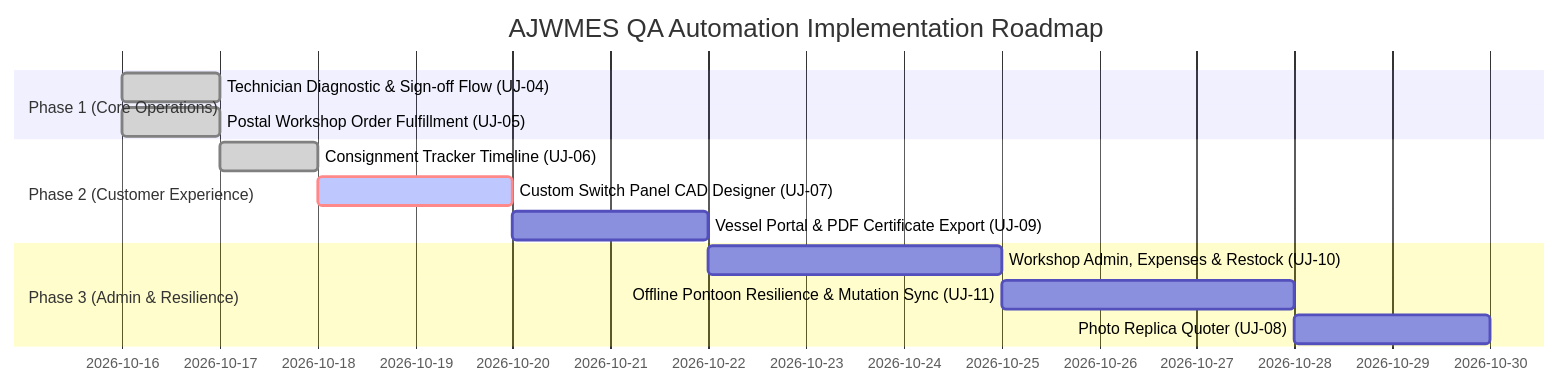
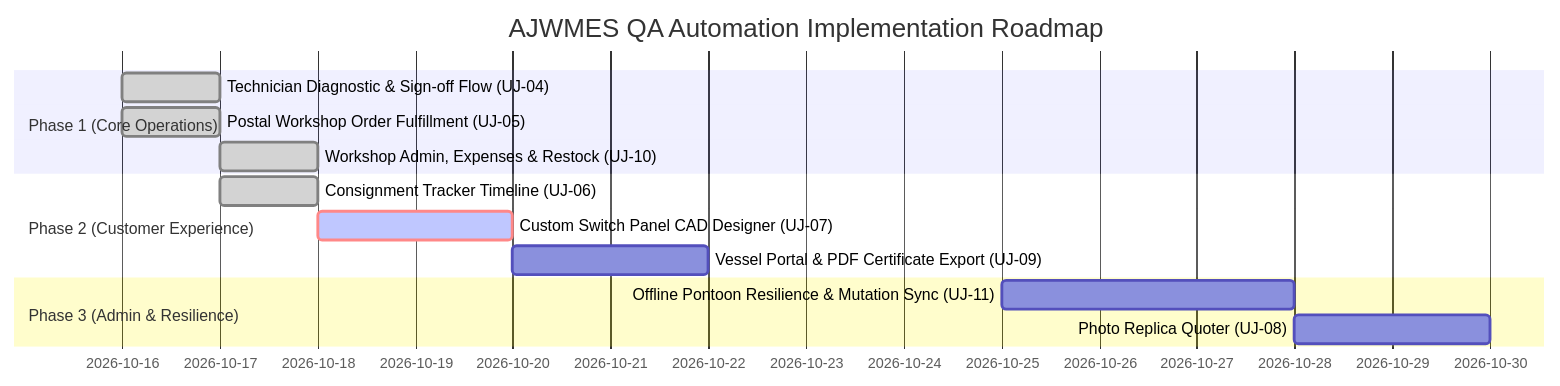
The second of 2 diagrams in docs/E2E_USER_JOURNEYS.md (AnthonyWrather/ajwmes), drawn with Mermaid before and after one commit. The commit also changed other lines of this file and 9 other files, not shown here.

Commit message:
feat(e2e): implement Journey 10 master workshop administration, expenses and restock flow

````diff
--- a/docs/E2E_USER_JOURNEYS.md
+++ b/docs/E2E_USER_JOURNEYS.md
@@ -201,16 +234,16 @@
 ```mermaid
 gantt
     title AJWMES QA Automation Implementation Roadmap
     dateFormat  YYYY-MM-DD
     section Phase 1 (Core Operations)
     Technician Diagnostic & Sign-off Flow (UJ-04) :done, 2026-10-16, 1d
     Postal Workshop Order Fulfillment (UJ-05)     :done, 2026-10-16, 1d
+    Workshop Admin, Expenses & Restock (UJ-10)    :done, 2026-10-17, 1d
     section Phase 2 (Customer Experience)
     Consignment Tracker Timeline (UJ-06)          :done, 2026-10-17, 1d
     Custom Switch Panel CAD Designer (UJ-07)      :crit, active, 2026-10-18, 2d
     Vessel Portal & PDF Certificate Export (UJ-09):2026-10-20, 2d
     section Phase 3 (Admin & Resilience)
-    Workshop Admin, Expenses & Restock (UJ-10)    :2026-10-22, 3d
     Offline Pontoon Resilience & Mutation Sync (UJ-11):2026-10-25, 3d
     Photo Replica Quoter (UJ-08)                  :2026-10-28, 2d
 ```
````
